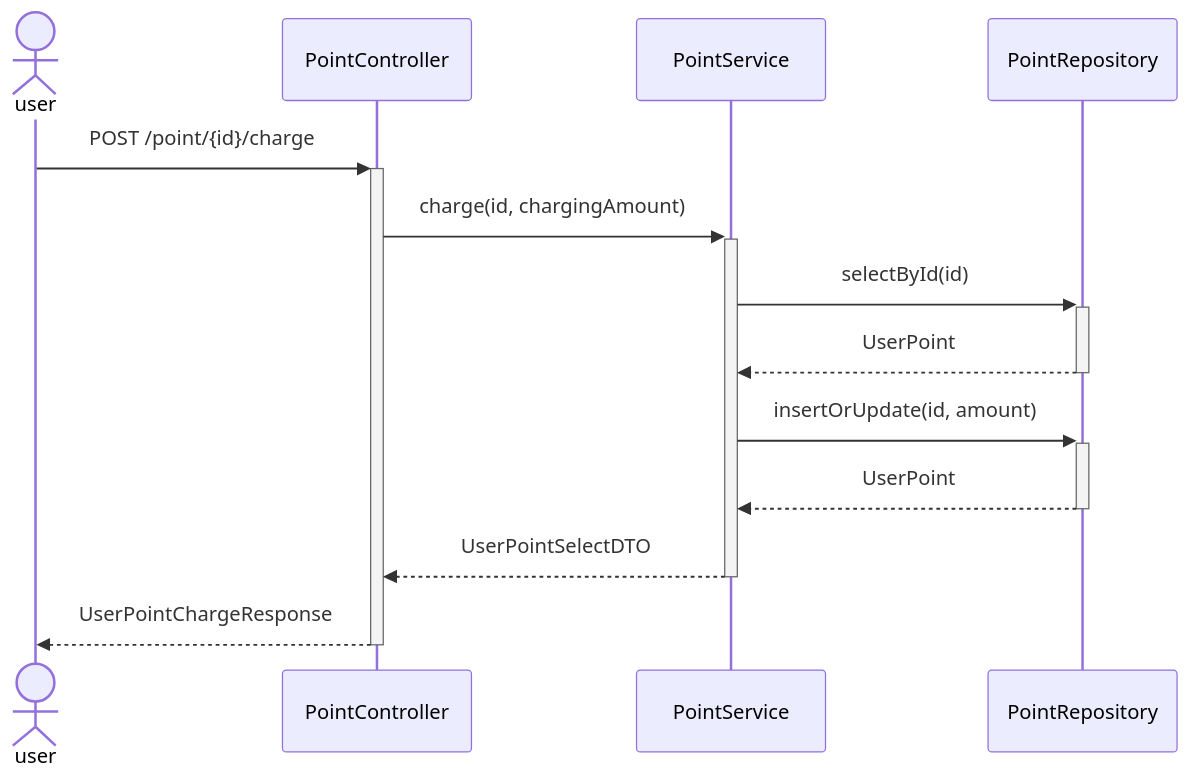
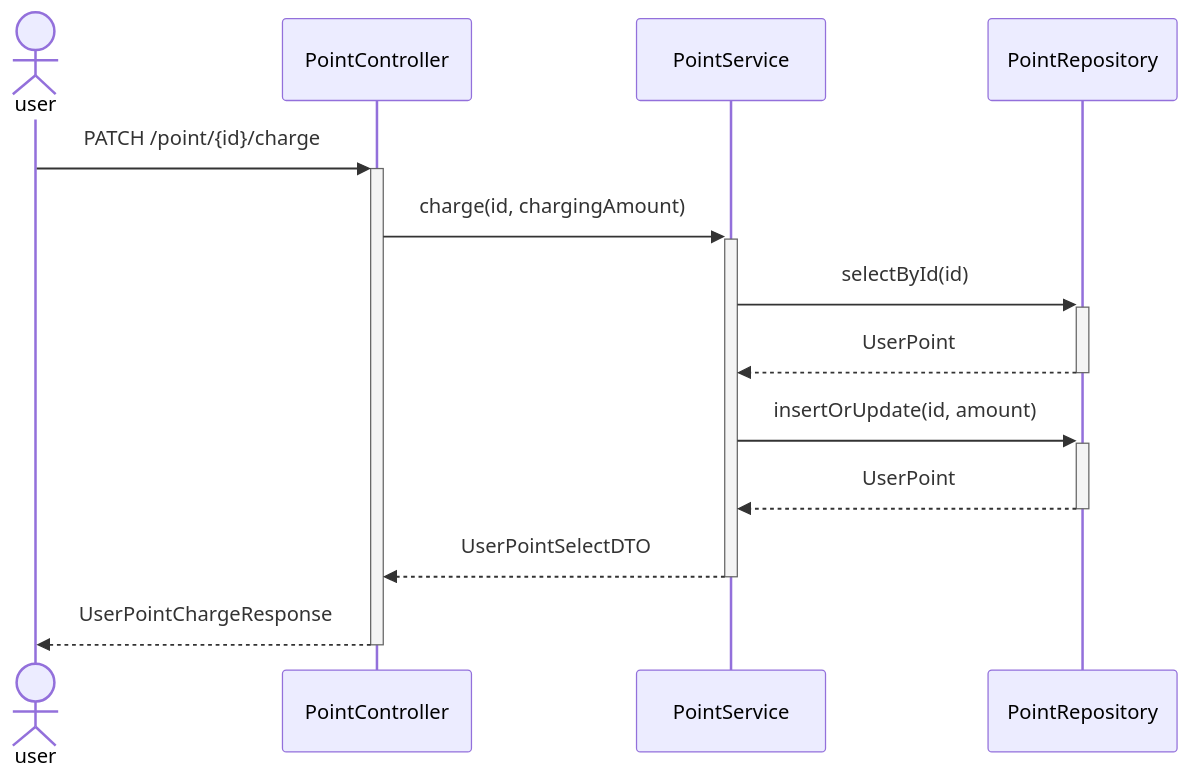
The first of 3 diagrams in documentation/유저_포인트_충전_API.md (pbg0205/hhplus-tdd-java), drawn with Mermaid before and after one commit.

Commit message:
docs: 포인트 충전 API http method 변경

````diff
--- a/documentation/유저_포인트_충전_API.md
+++ b/documentation/유저_포인트_충전_API.md
@@ -46,16 +46,16 @@
 ```mermaid
 sequenceDiagram
 actor user
 participant controller as PointController 
 participant service as PointService
 participant repository as PointRepository
 
-user ->>+ controller: POST /point/{id}/charge
+user ->>+ controller: PATCH /point/{id}/charge
 controller ->>+ service: charge(id, chargingAmount)
 service ->>+ repository: selectById(id)
 repository -->>- service: UserPoint
 service ->>+ repository: insertOrUpdate(id, amount)
 repository -->>- service: UserPoint
 service -->>- controller: UserPointSelectDTO
 controller -->>- user: UserPointChargeResponse
 ```
````
